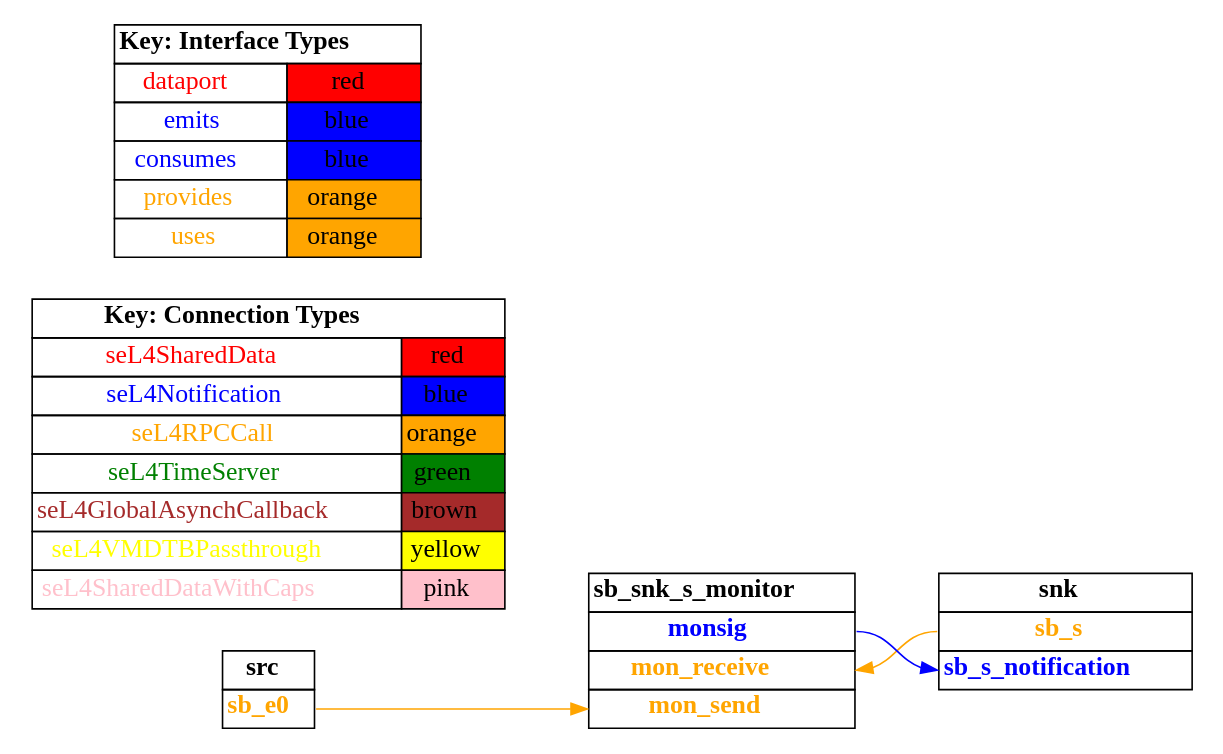
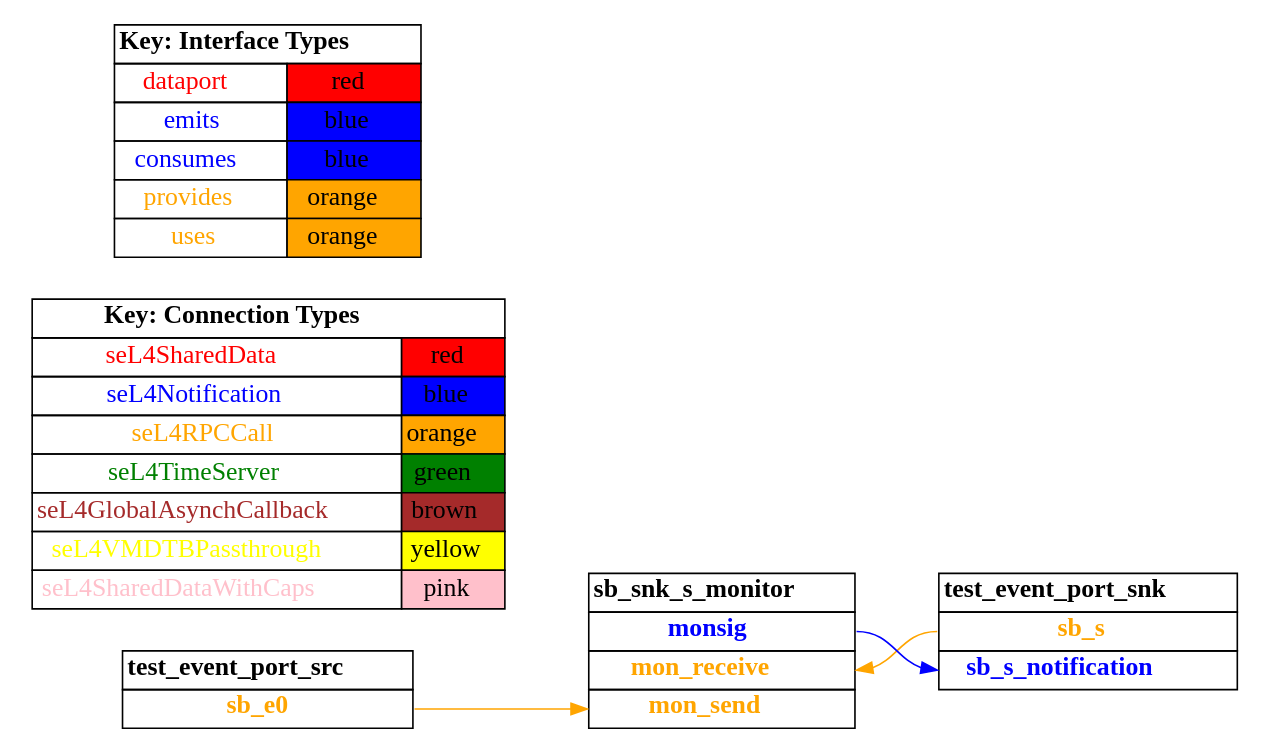
Before and after one commit to loonwerks/CASE: the diagram in TA5/tool-evaluation-4/HAMR/examples/test_event_port/CAmkES_seL4_TB/graph_simple.dot, drawn with Graphviz. The commit also changed 1372 other files, not shown here.

```diff
--- a/TA5/tool-evaluation-4/HAMR/examples/test_event_port/CAmkES_seL4_TB/graph_simple.dot
+++ b/TA5/tool-evaluation-4/HAMR/examples/test_event_port/CAmkES_seL4_TB/graph_simple.dot
@@ -1,97 +1,97 @@
 digraph g {
 graph [
   overlap = false,
   rankdir = "LR"
 ];
 node [
   fontsize = "16",
   shape = "ellipse"
 ];
 edge [
 ];
 
-src [
+test_event_port_src [
   label=<
     <TABLE BORDER="0" CELLBORDER="1" CELLSPACING="0">
-      <TR><TD><B>src</B></TD></TR>
+      <TR><TD><B>test_event_port_src</B></TD></TR>
       <TR><TD PORT="sb_e0"><FONT COLOR="orange"><B>sb_e0</B></FONT></TD></TR>"
     </TABLE>
   >
   shape=plaintext
 ];
 
-snk [
+test_event_port_snk [
   label=<
     <TABLE BORDER="0" CELLBORDER="1" CELLSPACING="0">
-      <TR><TD><B>snk</B></TD></TR>
+      <TR><TD><B>test_event_port_snk</B></TD></TR>
       <TR><TD PORT="sb_s"><FONT COLOR="orange"><B>sb_s</B></FONT></TD></TR>
       <TR><TD PORT="sb_s_notification"><FONT COLOR="blue"><B>sb_s_notification</B></FONT></TD></TR>"
     </TABLE>
   >
   shape=plaintext
 ];
 
 sb_snk_s_monitor [
   label=<
     <TABLE BORDER="0" CELLBORDER="1" CELLSPACING="0">
       <TR><TD><B>sb_snk_s_monitor</B></TD></TR>
       <TR><TD PORT="monsig"><FONT COLOR="blue"><B>monsig</B></FONT></TD></TR>
       <TR><TD PORT="mon_receive"><FONT COLOR="orange"><B>mon_receive</B></FONT></TD></TR>
       <TR><TD PORT="mon_send"><FONT COLOR="orange"><B>mon_send</B></FONT></TD></TR>"
     </TABLE>
   >
   shape=plaintext
 ];
 
 connectiontypekey [
   label=<
    <TABLE BORDER="0" CELLBORDER="1" CELLSPACING="0">
      <TR><TD COLSPAN="2"><B>Key: Connection Types</B></TD></TR>
      <TR><TD><FONT COLOR="red">seL4SharedData</FONT></TD><TD BGCOLOR="red">red</TD></TR>
      <TR><TD><FONT COLOR="blue">seL4Notification</FONT></TD><TD BGCOLOR="blue">blue</TD></TR>
      <TR><TD><FONT COLOR="orange">seL4RPCCall</FONT></TD><TD BGCOLOR="orange">orange</TD></TR>
      <TR><TD><FONT COLOR="green">seL4TimeServer</FONT></TD><TD BGCOLOR="green">green</TD></TR>
      <TR><TD><FONT COLOR="brown">seL4GlobalAsynchCallback</FONT></TD><TD BGCOLOR="brown">brown</TD></TR>
      <TR><TD><FONT COLOR="yellow">seL4VMDTBPassthrough</FONT></TD><TD BGCOLOR="yellow">yellow</TD></TR>
      <TR><TD><FONT COLOR="pink">seL4SharedDataWithCaps</FONT></TD><TD BGCOLOR="pink">pink</TD></TR>
    </TABLE>
   >
   shape=plaintext
 ];
 
 interfacetypekey [
   label=<
    <TABLE BORDER="0" CELLBORDER="1" CELLSPACING="0">
      <TR><TD COLSPAN="2"><B>Key: Interface Types</B></TD></TR>
      <TR><TD><FONT COLOR="red">dataport</FONT></TD><TD BGCOLOR="red">red</TD></TR>
      <TR><TD><FONT COLOR="blue">emits</FONT></TD><TD BGCOLOR="blue">blue</TD></TR>
      <TR><TD><FONT COLOR="blue">consumes</FONT></TD><TD BGCOLOR="blue">blue</TD></TR>
      <TR><TD><FONT COLOR="orange">provides</FONT></TD><TD BGCOLOR="orange">orange</TD></TR>
      <TR><TD><FONT COLOR="orange">uses</FONT></TD><TD BGCOLOR="orange">orange</TD></TR>
    </TABLE>
   >
   shape=plaintext
 ];
 
-"src":sb_e0 -> "sb_snk_s_monitor":mon_send [
+"test_event_port_src":sb_e0 -> "sb_snk_s_monitor":mon_send [
   color="orange"
   //label = "seL4RPCCall"
   id = conn1
 
 ];
 
-"snk":sb_s -> "sb_snk_s_monitor":mon_receive [
+"test_event_port_snk":sb_s -> "sb_snk_s_monitor":mon_receive [
   color="orange"
   //label = "seL4RPCCall"
   id = conn2
 
 ];
 
-"sb_snk_s_monitor":monsig -> "snk":sb_s_notification [
+"sb_snk_s_monitor":monsig -> "test_event_port_snk":sb_s_notification [
   color="blue"
   //label = "seL4Notification"
   id = conn3
 
 ];
 
 }
```
